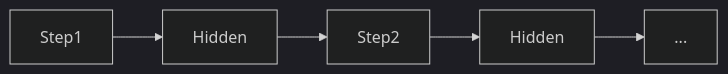
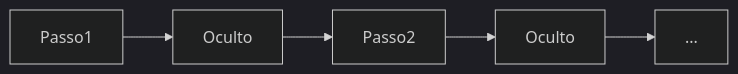
One commit to EmersonBraun/ai-summary-hub changed the diagram in i18n/pt-BR/docusaurus-plugin-content-docs/current/neural-networks/rnn.md. Above: the diagram before and after it, drawn with Mermaid (dark theme). The commit also changed other lines of this file and 384 other files, not shown here.

````diff
--- a/i18n/pt-BR/docusaurus-plugin-content-docs/current/neural-networks/rnn.md
+++ b/i18n/pt-BR/docusaurus-plugin-content-docs/current/neural-networks/rnn.md
@@ -17,7 +17,7 @@
 ```mermaid
 flowchart LR
-  Step1[Step1] --> Hidden[Hidden]
-  Hidden --> Step2[Step2]
-  Step2 --> Hidden2[Hidden]
+  Step1[Passo1] --> Hidden[Oculto]
+  Hidden --> Step2[Passo2]
+  Step2 --> Hidden2[Oculto]
   Hidden2 --> More[...]
 ```
````
